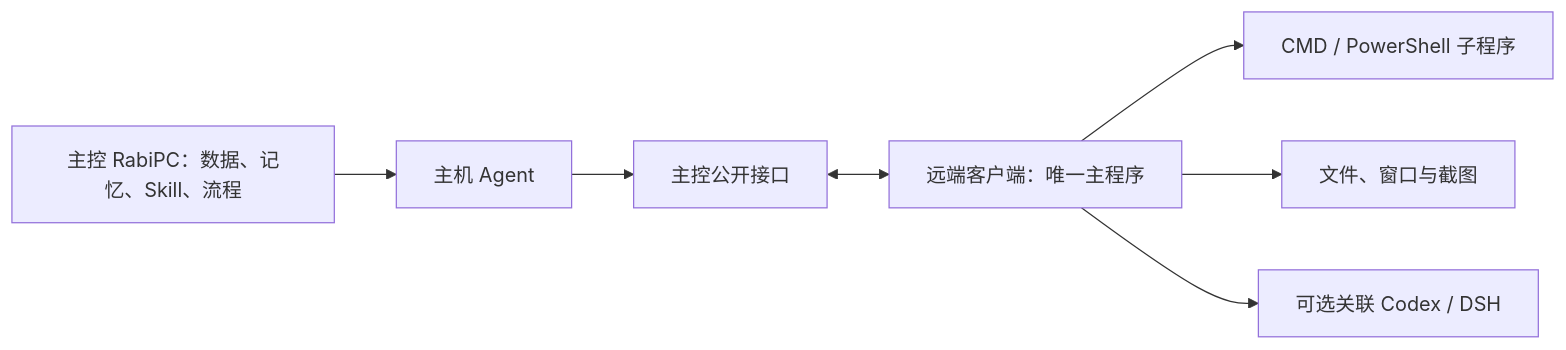
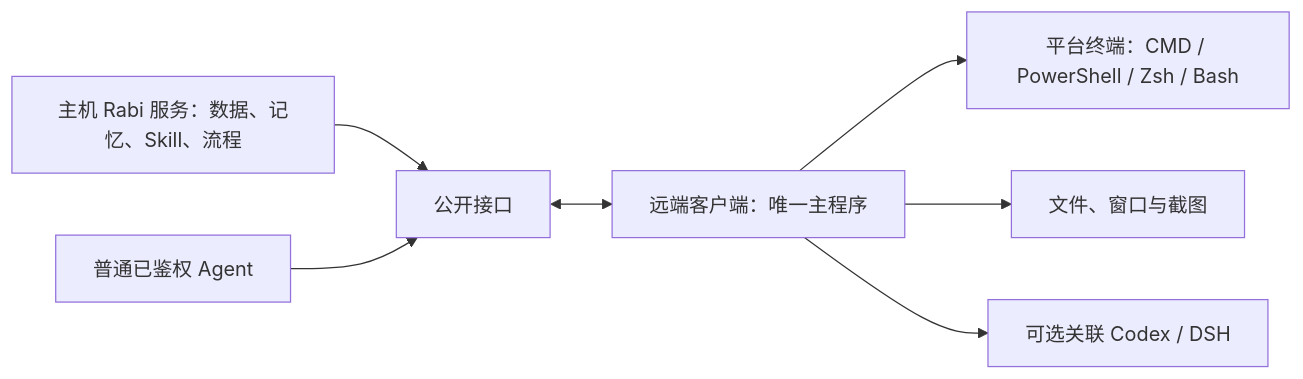
One commit to vb2250158/RabiRoute changed the diagram in docs/remote-computer-client.md. Above: the diagram before and after it, drawn with Mermaid. The commit also changed other lines of this file and 36 other files, not shown here.

````diff
--- a/docs/remote-computer-client.md
+++ b/docs/remote-computer-client.md
@@ -9,9 +9,9 @@
 ```mermaid
 flowchart LR
-  A[主控 RabiPC：数据、记忆、Skill、流程] --> B[主机 Agent]
-  B --> C[主控公开接口]
+  A[主机 Rabi 服务：数据、记忆、Skill、流程] --> C[公开接口]
+  B[普通已鉴权 Agent] --> C
   C <--> D[远端客户端：唯一主程序]
-  D --> E[CMD / PowerShell 子程序]
+  D --> E[平台终端：CMD / PowerShell / Zsh / Bash]
   D --> F[文件、窗口与截图]
   D --> G[可选关联 Codex / DSH]
 ```
````
